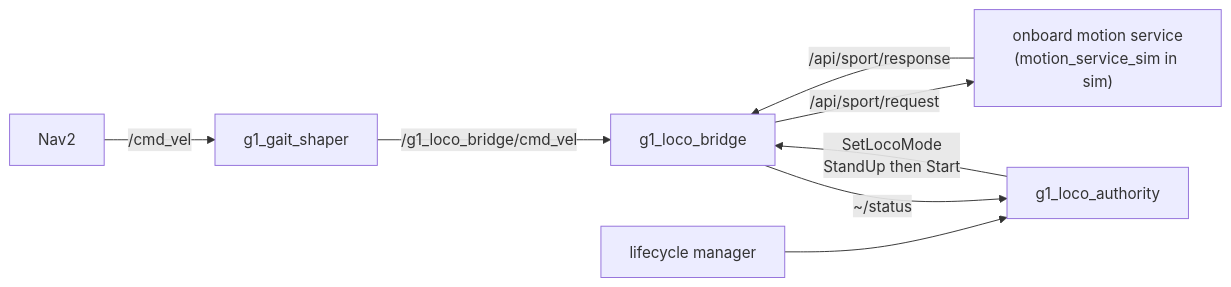
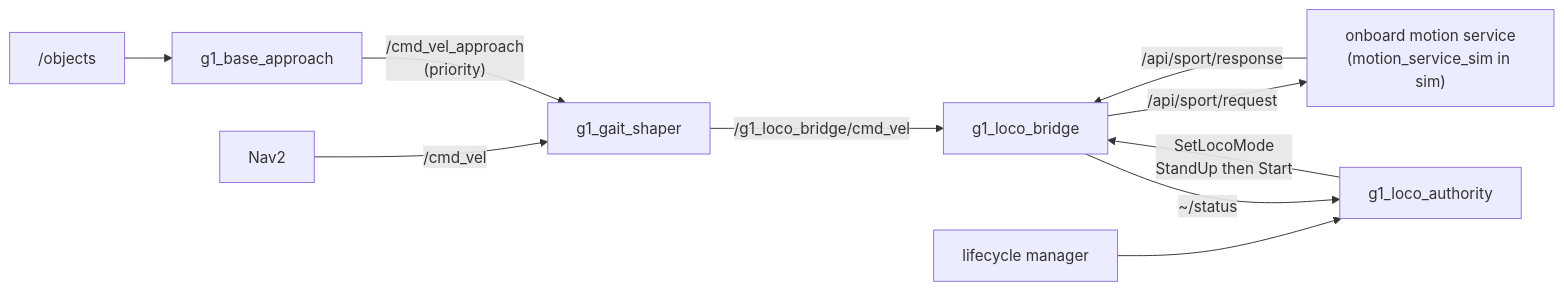
Before and after one commit to Adyansh04/grove-g1: the diagram in workspace/src/g1_locomotion/README.md, drawn with Mermaid. The commit also changed other lines of this file and 3 other files, not shown here.

Commit message:
Document the base approach across the package READMEs

````diff
--- a/workspace/src/g1_locomotion/README.md
+++ b/workspace/src/g1_locomotion/README.md
@@ -8,10 +9,12 @@
 ```mermaid
 flowchart LR
     NAV["Nav2"] -- "/cmd_vel" --> GS["g1_gait_shaper"]
+    BA["g1_base_approach"] -- "/cmd_vel_approach<br/>(priority)" --> GS
+    OBJ["/objects"] --> BA
     GS -- "/g1_loco_bridge/cmd_vel" --> BR["g1_loco_bridge"]
     LM["lifecycle manager"] --> AU["g1_loco_authority"]
     AU -- "SetLocoMode<br/>StandUp then Start" --> BR
     BR -- "/api/sport/request" --> RS["onboard motion service<br/>(motion_service_sim in sim)"]
     RS -- "/api/sport/response" --> BR
     BR -- "~/status" --> AU
 ```
````
